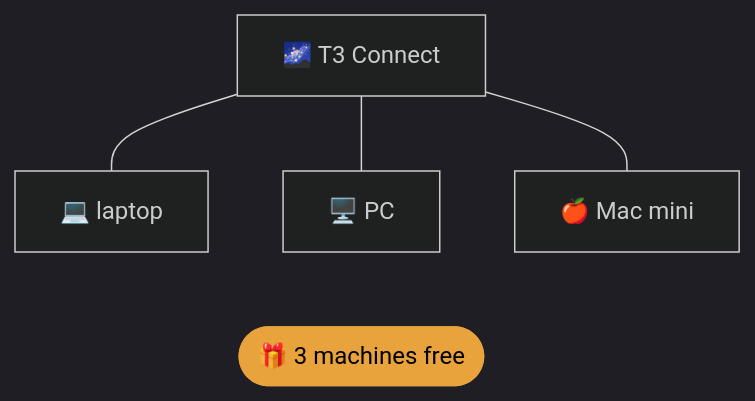
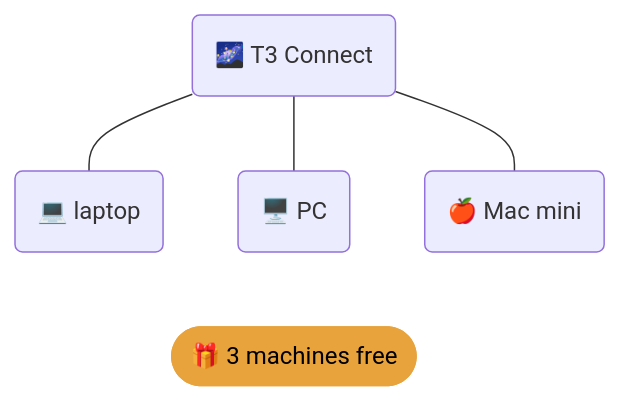
One commit to sayjeyhi/talks changed the fifth of 13 diagrams in presentations/oh-my-harness/slides.md. Above: the diagram before and after it, drawn with Mermaid. The commit also changed other lines of this file and 16 other files, not shown here.

````diff
--- a/presentations/oh-my-harness/slides.md
+++ b/presentations/oh-my-harness/slides.md
@@ -1453,13 +1344,12 @@
 ```mermaid
-%%{init: {"theme": "dark"}}%%
 flowchart TB
-    connect["🌌 T3 Connect"]
-    connect --- laptop["💻 laptop"]
-    connect --- pc["🖥️ PC"]
-    connect --- mini["🍎 Mac mini"]
+    connect("🌌 T3 Connect")
+    connect --- laptop("💻 laptop")
+    connect --- pc("🖥️ PC")
+    connect --- mini("🍎 Mac mini")
     free(["🎁 3 machines free"])
     pc ~~~ free
 
     classDef free fill:#e8a33d,color:#000,stroke:#e8a33d
     class free free
 ```
````
